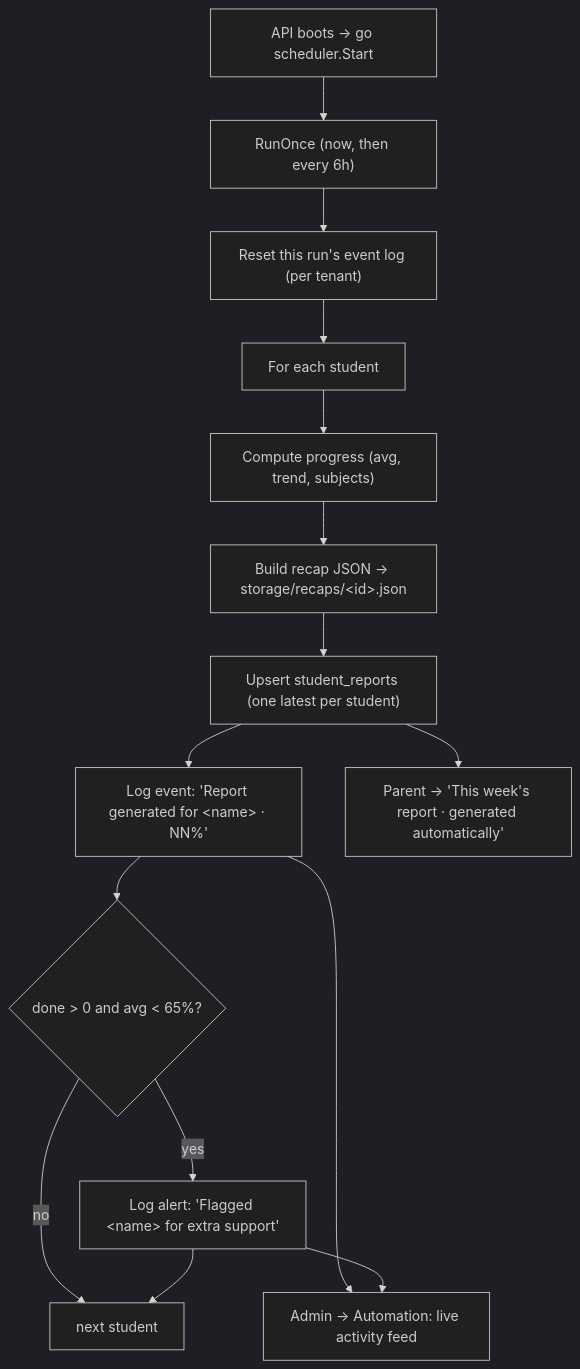
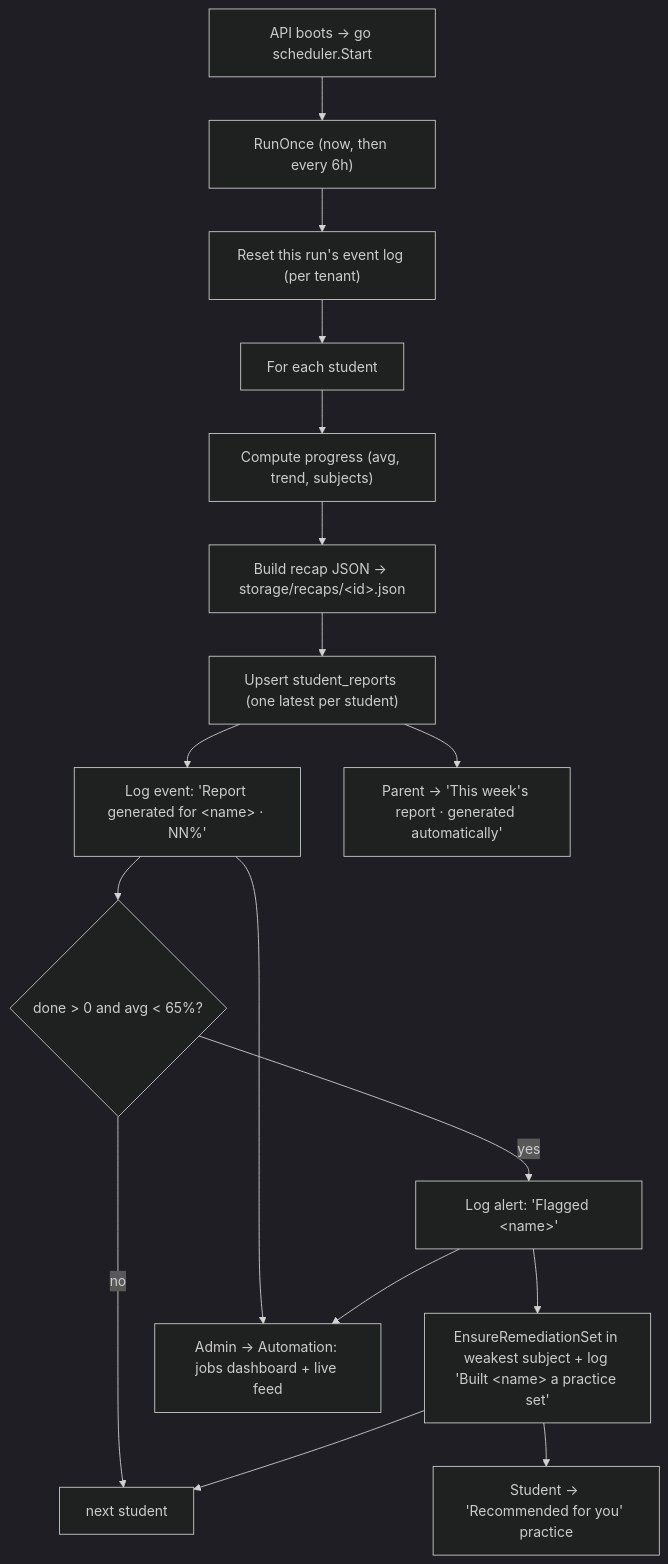
The seventh of 8 diagrams in docs/TECHNICAL.md (akbarharyadi/homework-studio), drawn with Mermaid (dark theme) before and after one commit. The commit also changed other lines of this file and 17 other files, not shown here.

First line of the commit message:
Document the automation jobs dashboard + GLM-only AI; refresh screenshots + PDFs

````diff
--- a/docs/TECHNICAL.md
+++ b/docs/TECHNICAL.md
@@ -394,17 +400,19 @@
 ```mermaid
 flowchart TD
     START["API boots → go scheduler.Start"] --> RUN["RunOnce (now, then every 6h)"]
     RUN --> RESET["Reset this run's event log (per tenant)"]
     RESET --> LOOP["For each student"]
     LOOP --> PROG["Compute progress (avg, trend, subjects)"]
     PROG --> RECAP["Build recap JSON → storage/recaps/&lt;id&gt;.json"]
     RECAP --> UPSERT["Upsert student_reports (one latest per student)"]
     UPSERT --> EV1["Log event: 'Report generated for &lt;name&gt; · NN%'"]
     EV1 --> RISK{"done &gt; 0 and avg &lt; 65%?"}
-    RISK -->|yes| EV2["Log alert: 'Flagged &lt;name&gt; for extra support'"]
+    RISK -->|yes| EV2["Log alert: 'Flagged &lt;name&gt;'"]
+    EV2 --> REM["EnsureRemediationSet in weakest subject + log 'Built &lt;name&gt; a practice set'"]
     RISK -->|no| NEXT["next student"]
-    EV2 --> NEXT
-    EV1 --> FEED["Admin → Automation: live activity feed"]
+    REM --> NEXT
+    EV1 --> FEED["Admin → Automation: jobs dashboard + live feed"]
     EV2 --> FEED
+    REM --> STU["Student → 'Recommended for you' practice"]
     UPSERT --> CARD["Parent → 'This week's report · generated automatically'"]
 ```
````
